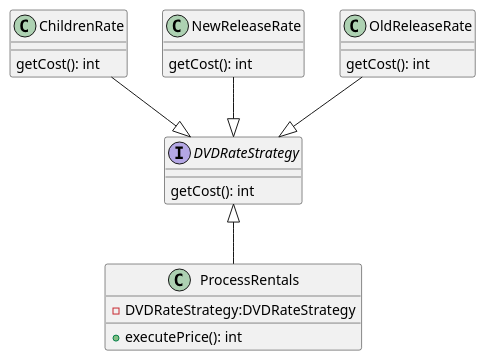
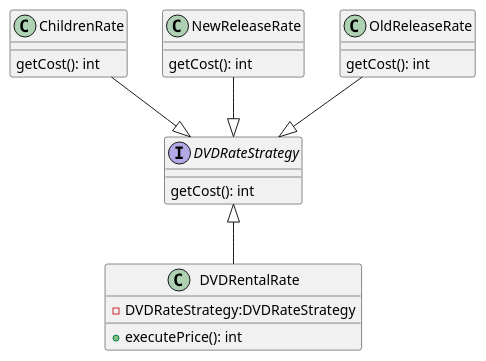
One commit to Kenzki/design-patterns-dvd-rental-system changed the diagram in src/Strategy Class Diagram.puml. Above: the diagram before and after it, drawn with PlantUML. The commit also changed 9 other files, not shown here.

```diff
--- a/src/Strategy Class Diagram.puml
+++ b/src/Strategy Class Diagram.puml
@@ -1,32 +1,32 @@
 @startuml
 
 
 interface DVDRateStrategy{
 getCost(): int
 }
 class ChildrenRate{
 getCost(): int
 }
 class NewReleaseRate{
 getCost(): int
 }
 class OldReleaseRate{
 getCost(): int
 }
-class ProcessRentals{
+class DVDRentalRate{
 -DVDRateStrategy:DVDRateStrategy
 +executePrice(): int
 }
 
 
 
 NewReleaseRate --|> DVDRateStrategy
 OldReleaseRate --|> DVDRateStrategy
 ChildrenRate --|> DVDRateStrategy
-DVDRateStrategy <|-- ProcessRentals
+DVDRateStrategy <|-- DVDRentalRate
 
 
 
 
 
 @enduml
```
